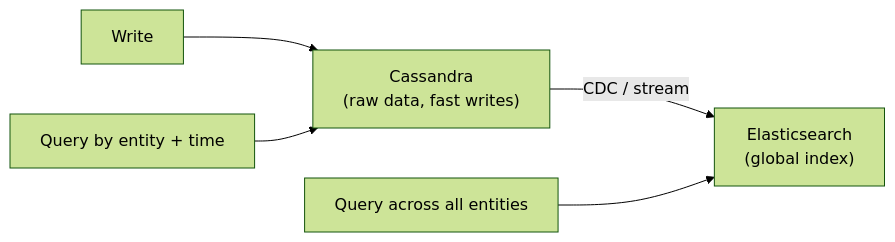
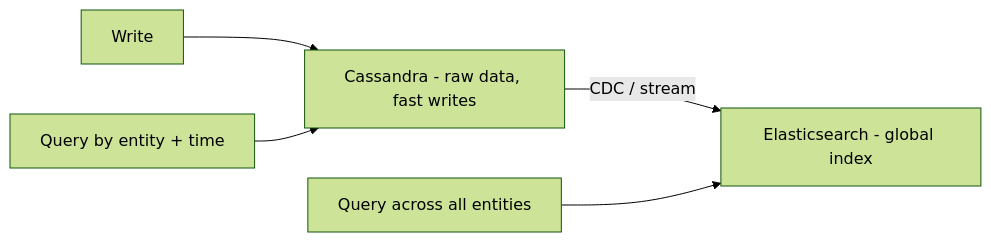
One commit to Dummy-Bug/system-design-handbook changed the second of 2 diagrams in System Design/06-Storage-and-Databases/11-Column-Family/05-When-To-Use.md. Above: the diagram before and after it, drawn with Mermaid (forest theme). The commit also changed other lines of this file and 30 other files, not shown here.

````diff
--- a/System Design/06-Storage-and-Databases/11-Column-Family/05-When-To-Use.md
+++ b/System Design/06-Storage-and-Databases/11-Column-Family/05-When-To-Use.md
@@ -88,7 +88,7 @@
 ```mermaid
 flowchart LR
-    W["Write"] --> C["Cassandra\n(raw data, fast writes)"]
-    C -->|"CDC / stream"| ES["Elasticsearch\n(global index)"]
+    W["Write"] --> C["Cassandra - raw data, fast writes"]
+    C -->|"CDC / stream"| ES["Elasticsearch - global index"]
     Q1["Query by entity + time"] --> C
     Q2["Query across all entities"] --> ES
 ```
````
